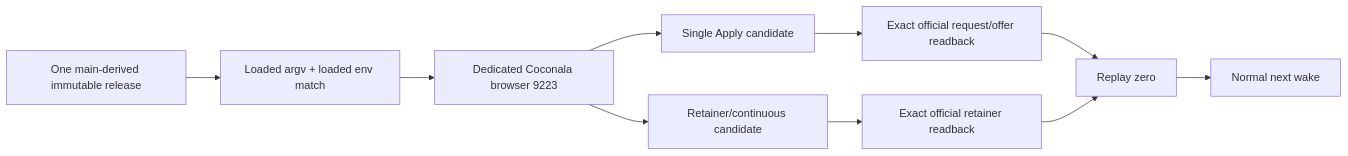
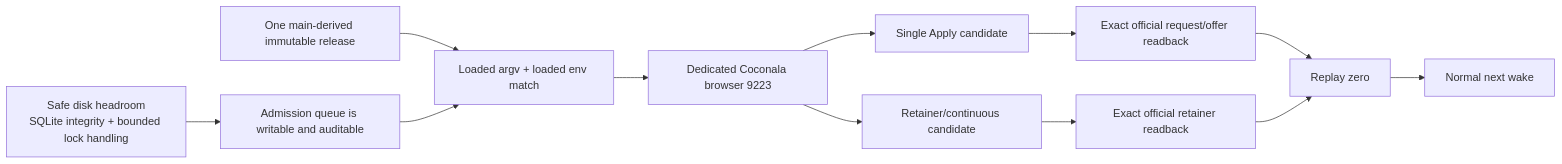
One commit to Daisuke134/life-manager changed the second of 12 diagrams in docs/superpowers/specs/2026-08-22-life-manager-gig-economy-loop-design.md. Above: the diagram before and after it, drawn with Mermaid. The commit also changed other lines of this file, not shown here.

Commit message:
docs(coconala): record admission storage incident

````diff
--- a/docs/superpowers/specs/2026-08-22-life-manager-gig-economy-loop-design.md
+++ b/docs/superpowers/specs/2026-08-22-life-manager-gig-economy-loop-design.md
@@ -392,12 +424,14 @@
 ```mermaid
 flowchart LR
+  D[Safe disk headroom\nSQLite integrity + bounded lock handling] --> A[Admission queue is writable and auditable]
   M[One main-derived immutable release] --> E[Loaded argv + loaded env match]
+  A --> E
   E --> B[Dedicated Coconala browser 9223]
   B --> S[Single Apply candidate]
   B --> T[Retainer/continuous candidate]
   S --> SR[Exact official request/offer readback]
   T --> TR[Exact official retainer readback]
   SR --> R[Replay zero]
   TR --> R
   R --> H[Normal next wake]
 ```
````
